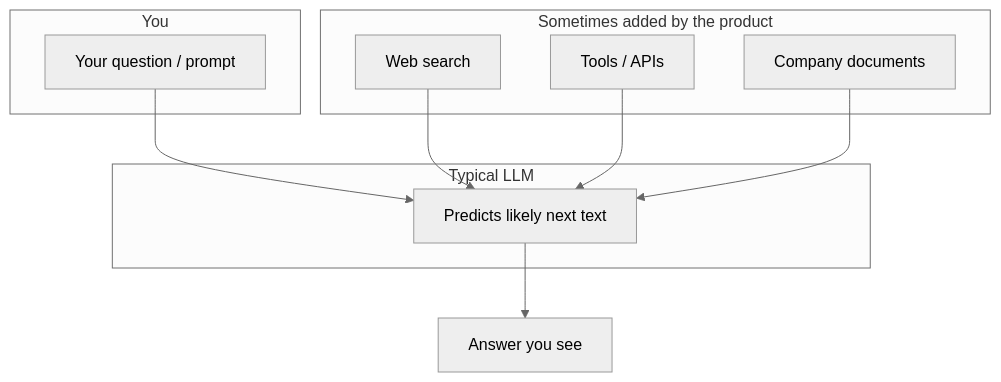
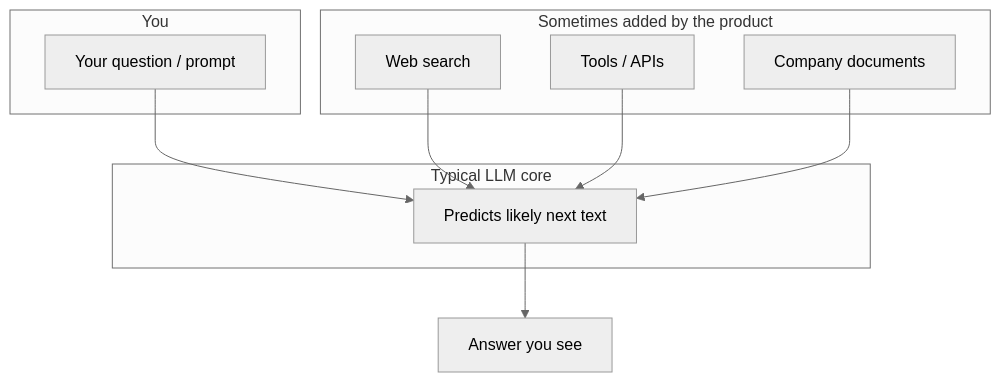
One commit to sharifruet/books-llm changed the second of 2 diagrams in from-tokens-to-understanding/from-tokens-to-understanding-part-i-finding-your-bearings.md. Above: the diagram before and after it, drawn with Mermaid (neutral theme). The commit also changed other lines of this file, not shown here.

````diff
--- a/from-tokens-to-understanding/from-tokens-to-understanding-part-i-finding-your-bearings.md
+++ b/from-tokens-to-understanding/from-tokens-to-understanding-part-i-finding-your-bearings.md
@@ -127,19 +198,19 @@
 ```mermaid
 flowchart TB
-  subgraph user["You"]
+  subgraph you["You"]
     U[Your question / prompt]
   end
-  subgraph core["Typical LLM"]
+  subgraph core["Typical LLM core"]
     M[Predicts likely next text]
   end
-  subgraph extra["Sometimes added by the product"]
+  subgraph extras["Sometimes added by the product"]
     S[Web search]
     T[Tools / APIs]
     D[Company documents]
   end
   U --> M
   S --> M
   T --> M
   D --> M
   M --> R[Answer you see]
 ```
````
